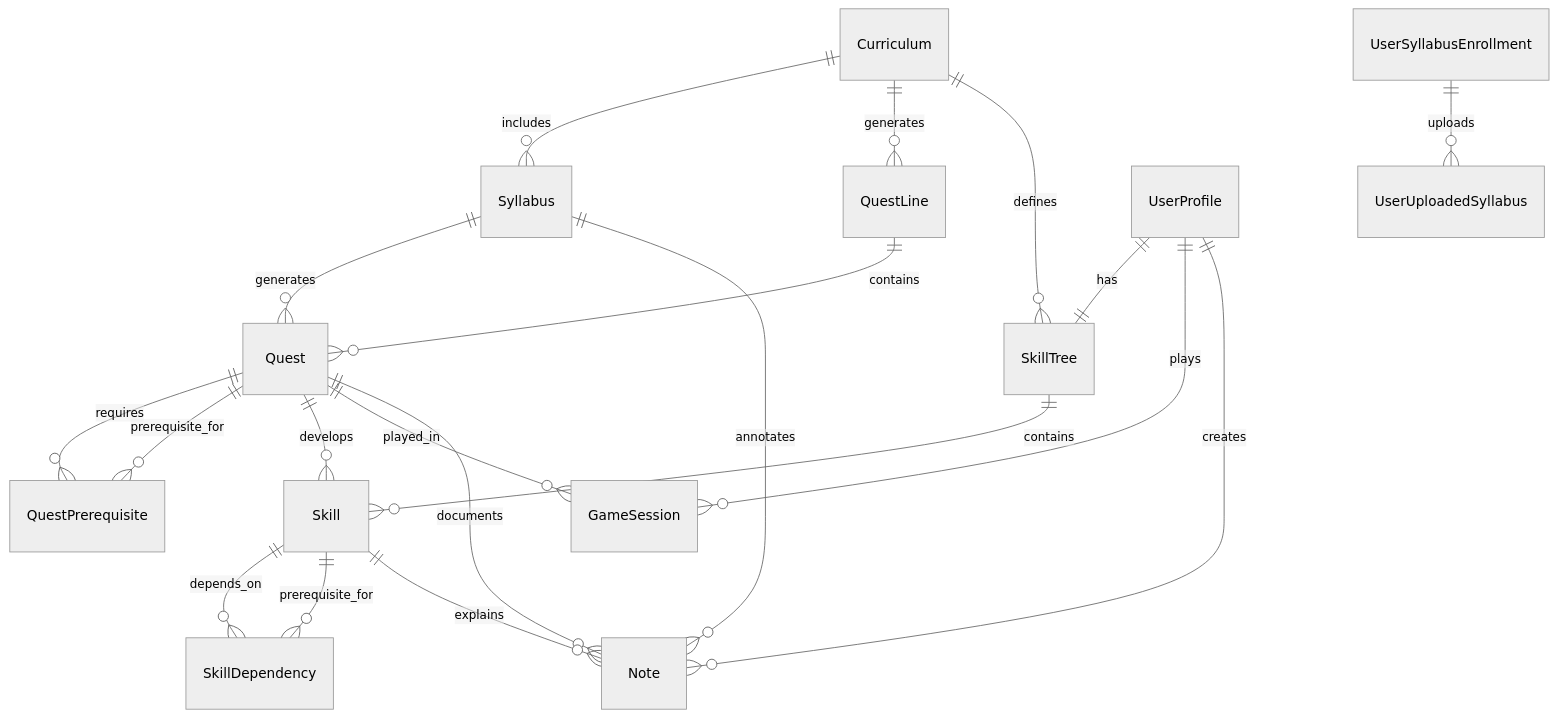
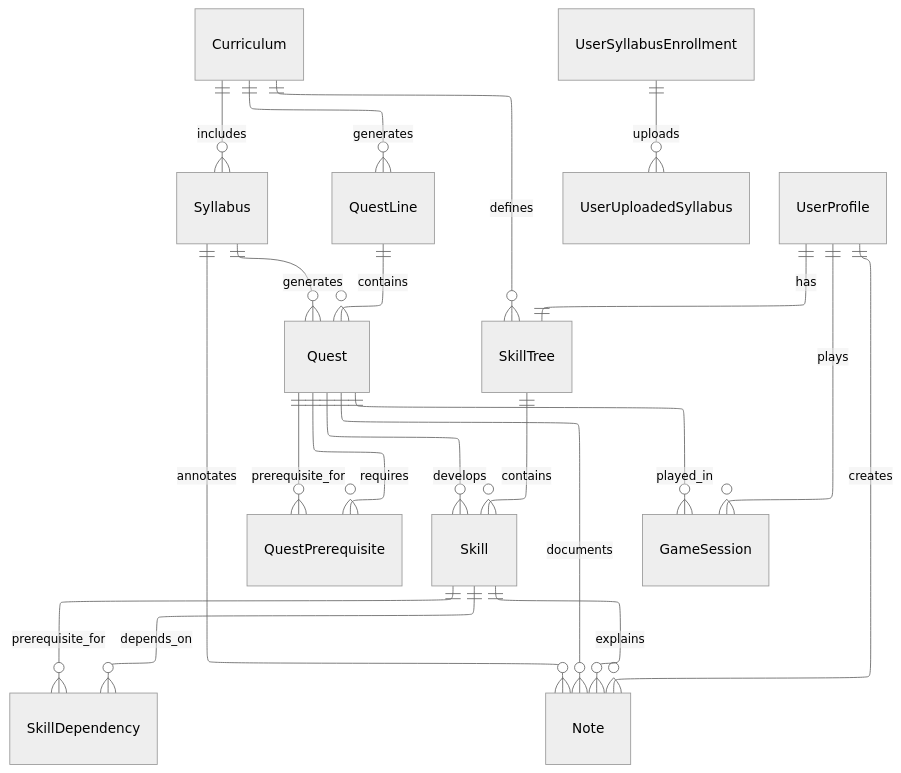
Before and after one commit to FA25SE050-RogueLearn/RogueLearn.BMAD.Documentation: the diagram in mermaid-diagrams/erd/quests-service-erd.md, drawn with Mermaid (neutral theme). The commit also changed 5 other files, not shown here.

Commit message:
feat: update layout for erd

````diff
--- a/mermaid-diagrams/erd/quests-service-erd.md
+++ b/mermaid-diagrams/erd/quests-service-erd.md
@@ -5,22 +5,26 @@
 ```mermaid
+---
+config:
+  layout: elk
+---
 erDiagram
     Curriculum ||--o{ Syllabus : includes
     Curriculum ||--o{ QuestLine : generates
     UserSyllabusEnrollment ||--o{ UserUploadedSyllabus : uploads
     QuestLine ||--o{ Quest : contains
     Syllabus ||--o{ Quest : generates
     Quest ||--o{ QuestPrerequisite : requires
     Quest ||--o{ QuestPrerequisite : prerequisite_for
     Curriculum ||--o{ SkillTree : defines
     UserProfile ||--|| SkillTree : has
     SkillTree ||--o{ Skill : contains
     Skill ||--o{ SkillDependency : depends_on
     Skill ||--o{ SkillDependency : prerequisite_for
     Quest ||--o{ Skill : develops
     UserProfile ||--o{ GameSession : plays
     Quest ||--o{ GameSession : played_in
     UserProfile ||--o{ Note : creates
     Syllabus ||--o{ Note : annotates
     Quest ||--o{ Note : documents
     Skill ||--o{ Note : explains
 ```
````
